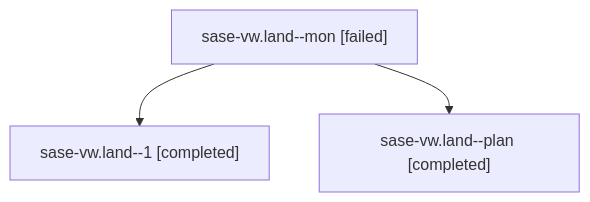
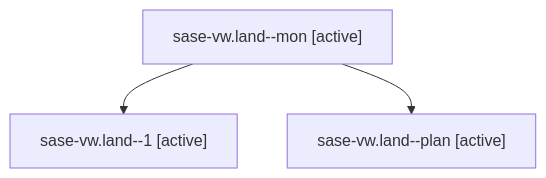
The diagram in families/bbugyi200.athena.sase-vw.land.md (sase-org/sase--agents), drawn with Mermaid before and after one commit. The commit also changed other lines of this file and 35830 other files, not shown here.

````diff
--- a/families/bbugyi200.athena.sase-vw.land.md
+++ b/families/bbugyi200.athena.sase-vw.land.md
@@ -9,8 +9,8 @@
 ```mermaid
 flowchart TD
-  n0["sase-vw.land--mon [failed]"]
-  n1["sase-vw.land--1 [completed]"]
+  n0["sase-vw.land--mon [active]"]
+  n1["sase-vw.land--1 [active]"]
   n0 --> n1
-  n2["sase-vw.land--plan [completed]"]
+  n2["sase-vw.land--plan [active]"]
   n0 --> n2
 ```
````
